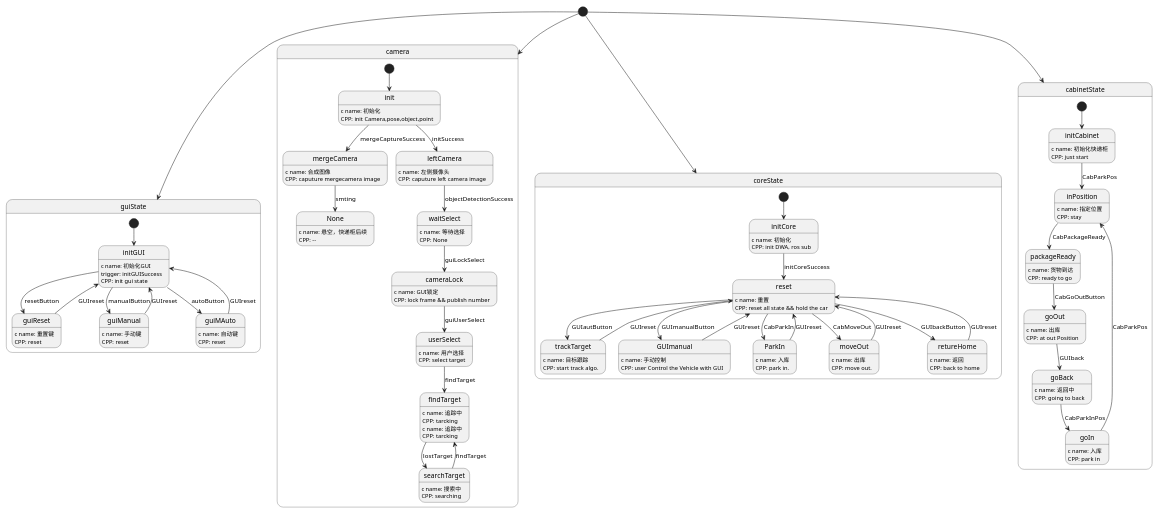
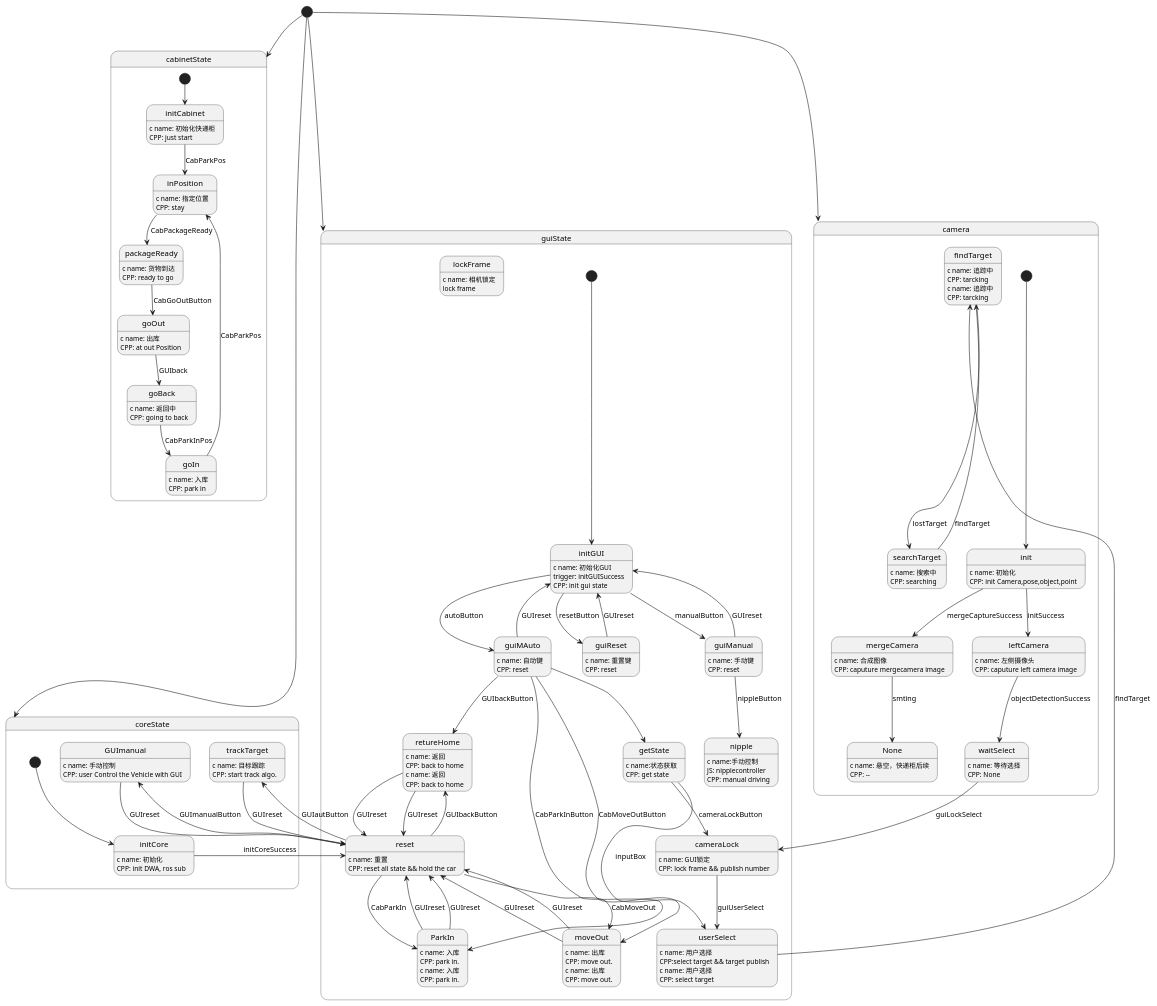
The diagram in StateMachine/test.plantuml (yifan-Technology/smart-car), drawn with PlantUML before and after one commit.

Commit message:
edit guiState

```diff
--- a/StateMachine/test.plantuml
+++ b/StateMachine/test.plantuml
@@ -1,148 +1,180 @@
 @startuml
 scale 1920 width
 
  
 [*] --> guiState
 [*] --> camera
 [*] --> coreState
 [*] --> cabinetState
 
 state guiState{
     [*] --> initGUI
     initGUI: c name: 初始化GUI
     initGUI : trigger: initGUISuccess
     initGUI : CPP: init gui state
 
     
     initGUI --> guiReset: resetButton
     guiReset: c name: 重置键
     guiReset: CPP: reset
     guiReset --> initGUI: GUIreset
 
     initGUI --> guiManual: manualButton
     guiManual: c name: 手动键
     guiManual: CPP: reset
     guiManual --> initGUI: GUIreset
 
+    guiManual --> nipple: nippleButton
+    nipple: c name:手动控制
+    nipple: JS: nipplecontroller
+    nipple: CPP: manual driving
+
     initGUI --> guiMAuto: autoButton
     guiMAuto: c name: 自动键
     guiMAuto: CPP: reset
     guiMAuto --> initGUI: GUIreset
+
+    guiMAuto --> getState
+    getState: c name:状态获取
+    getState: CPP: get state
+
+    getState --> cameraLock: cameraLockButton
+    lockFrame: c name: 相机锁定
+    lockFrame: lock frame
+
+    getState --> userSelect: inputBox
+    userSelect: c name: 用户选择
+    userSelect: CPP:select target && target publish
+
+    guiMAuto --> ParkIn: CabParkInButton
+    ParkIn : c name: 入库
+    ParkIn : CPP: park in. 
+    ParkIn --> reset: GUIreset
+
+    guiMAuto --> moveOut: CabMoveOutButton
+    moveOut : c name: 出库
+    moveOut : CPP: move out. 
+    moveOut --> reset: GUIreset
+
+    guiMAuto --> retureHome: GUIbackButton  
+    retureHome : c name: 返回
+    retureHome : CPP: back to home 
+    retureHome --> reset: GUIreset
 
 
 }
 
 state camera{
 
     [*] --> init
     init : c name: 初始化
     init : CPP: init Camera,pose,object,point
 
     init --> mergeCamera : mergeCaptureSuccess
     mergeCamera: c name: 合成图像
     mergeCamera: CPP: caputure mergecamera image
 
     mergeCamera --> None: smting
     None: c name: 悬空，快递柜后续
     None: CPP: --
 
     init --> leftCamera : initSuccess
     leftCamera: c name: 左侧摄像头
     leftCamera: CPP: caputure left camera image
 
 
     leftCamera --> waitSelect : objectDetectionSuccess
     waitSelect: c name: 等待选择
     waitSelect: CPP: None
 
     waitSelect --> cameraLock: guiLockSelect
     cameraLock: c name: GUI锁定
     cameraLock: CPP: lock frame && publish number
 
     cameraLock--> userSelect: guiUserSelect
     userSelect: c name: 用户选择
     userSelect: CPP: select target
 
     userSelect--> findTarget: findTarget
     findTarget: c name: 追踪中
     findTarget: CPP: tarcking
 
     searchTarget--> findTarget: findTarget
     findTarget: c name: 追踪中
     findTarget: CPP: tarcking
 
     findTarget--> searchTarget: lostTarget
     searchTarget: c name: 搜索中
     searchTarget: CPP: searching
 }
 
 state coreState{
     [*] --> initCore
     initCore : c name: 初始化
     initCore : CPP: init DWA, ros sub
 
     initCore --> reset: initCoreSuccess
     reset : c name: 重置
     reset : CPP: reset all state && hold the car 
 
     reset --> trackTarget: GUIautButton
     trackTarget : c name: 目标跟踪
     trackTarget : CPP: start track algo. 
     trackTarget --> reset: GUIreset
 
     reset --> GUImanual: GUImanualButton
     GUImanual : c name: 手动控制
     GUImanual : CPP: user Control the Vehicle with GUI 
     GUImanual --> reset: GUIreset
 
     reset --> ParkIn: CabParkIn
     ParkIn : c name: 入库
     ParkIn : CPP: park in. 
     ParkIn --> reset: GUIreset
 
     reset --> moveOut: CabMoveOut
     moveOut : c name: 出库
     moveOut : CPP: move out. 
     moveOut --> reset: GUIreset
 
     reset --> retureHome: GUIbackButton  
     retureHome : c name: 返回
     retureHome : CPP: back to home 
     retureHome --> reset: GUIreset
 
 
 
 }
 
 
 state cabinetState{
     [*] --> initCabinet
     initCabinet : c name: 初始化快递柜
     initCabinet : CPP: just start
 
     initCabinet --> inPosition: CabParkPos  
     inPosition : c name: 指定位置
     inPosition : CPP: stay
 
     inPosition --> packageReady: CabPackageReady
     packageReady : c name: 货物到达
     packageReady : CPP: ready to go
 
     packageReady --> goOut: CabGoOutButton  
     goOut : c name: 出库
     goOut : CPP: at out Position
 
     goOut --> goBack: GUIback  
     goBack : c name: 返回中
     goBack : CPP: going to back
 
     goBack --> goIn: CabParkInPos  
     goIn : c name: 入库
     goIn : CPP: park in
 
     goIn --> inPosition: CabParkPos 
 
 
 
 }
 @enduml
```
